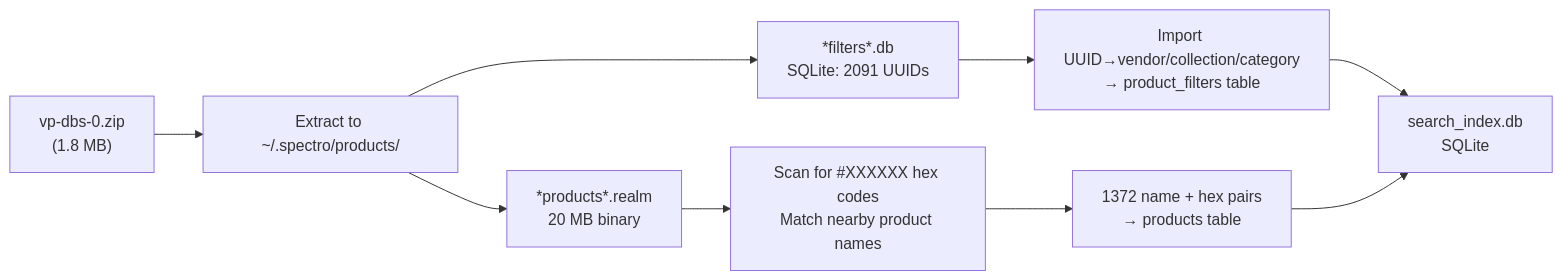
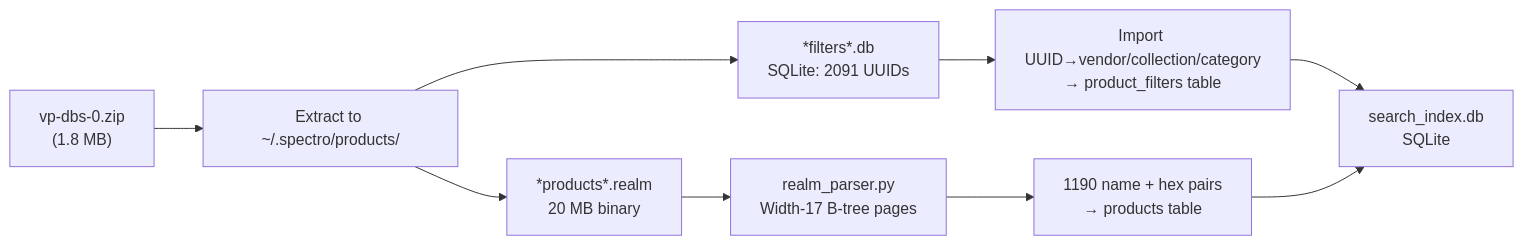
Before and after one commit to robertzaage/spectro-cli: the sixth of 6 diagrams in ARCHITECTURE.md, drawn with Mermaid. The commit also changed other lines of this file and 1 other file, not shown here.

````diff
--- a/ARCHITECTURE.md
+++ b/ARCHITECTURE.md
@@ -461,13 +469,13 @@
 ```mermaid
 flowchart LR
     ZIP["vp-dbs-0.zip<br/>(1.8 MB)"] --> Extract["Extract to ~/.spectro/products/"]
     Extract --> Filters["*filters*.db<br/>SQLite: 2091 UUIDs"]
     Extract --> Realm["*products*.realm<br/>20 MB binary"]
     
     Filters --> Import1["Import UUID→vendor/collection/category<br/>→ product_filters table"]
-    Realm --> Scan["Scan for #XXXXXX hex codes<br/>Match nearby product names"]
-    Scan --> Products["1372 name + hex pairs<br/>→ products table"]
+    Realm --> Parser["realm_parser.py<br/>Width-17 B-tree pages"]
+    Parser --> Products["1190 name + hex pairs<br/>→ products table"]
     
     Import1 --> Index["search_index.db<br/>SQLite"]
     Products --> Index
 ```
````
